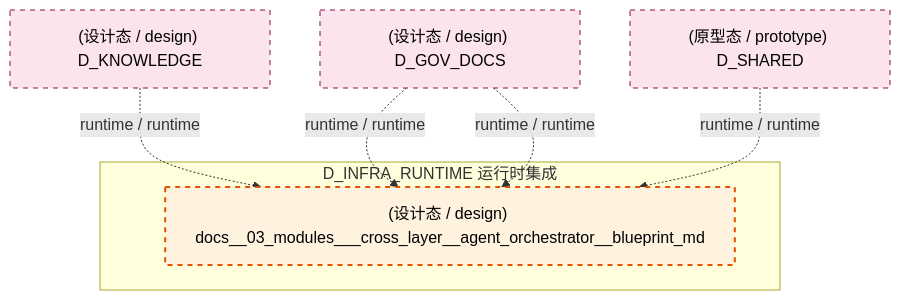
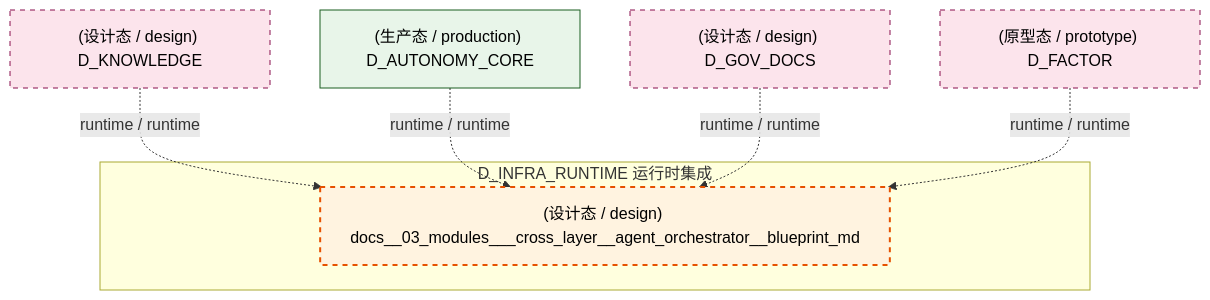
One commit to xuanFelixVan/ZephyrAlpha changed the eighth of 10 diagrams in docs/02_enterprise_architecture/02_domain_architecture_docs/04_d_infra_runtime.md. Above: the diagram before and after it, drawn with Mermaid. The commit also changed other lines of this file and 99 other files, not shown here.

````diff
--- a/docs/02_enterprise_architecture/02_domain_architecture_docs/04_d_infra_runtime.md
+++ b/docs/02_enterprise_architecture/02_domain_architecture_docs/04_d_infra_runtime.md
@@ -1041,19 +1043,21 @@
 ```mermaid
 graph TD
     subgraph D_INFRA_RUNTIME["D_INFRA_RUNTIME 运行时集成"]
         docs_03_modules_cross_layer_agent_orchestrator_blueprint_md["(设计态 / design) docs__03_modules___cross_layer__agent_orchestrator__blueprint_md"]
     end
     D_KNOWLEDGE["(设计态 / design) D_KNOWLEDGE"]
     D_KNOWLEDGE -.->|runtime / runtime| docs_03_modules_cross_layer_agent_orchestrator_blueprint_md
+    D_AUTONOMY_CORE["(生产态 / production) D_AUTONOMY_CORE"]
+    D_AUTONOMY_CORE -.->|runtime / runtime| docs_03_modules_cross_layer_agent_orchestrator_blueprint_md
     D_GOV_DOCS["(设计态 / design) D_GOV_DOCS"]
     D_GOV_DOCS -.->|runtime / runtime| docs_03_modules_cross_layer_agent_orchestrator_blueprint_md
-    D_GOV_DOCS -.->|runtime / runtime| docs_03_modules_cross_layer_agent_orchestrator_blueprint_md
-    D_SHARED["(原型态 / prototype) D_SHARED"]
-    D_SHARED -.->|runtime / runtime| docs_03_modules_cross_layer_agent_orchestrator_blueprint_md
+    D_FACTOR["(原型态 / prototype) D_FACTOR"]
+    D_FACTOR -.->|runtime / runtime| docs_03_modules_cross_layer_agent_orchestrator_blueprint_md
     classDef production fill:#e1f5fe,stroke:#01579b,stroke-width:2px,color:#000
     classDef design fill:#fff3e0,stroke:#e65100,stroke-width:2px,color:#000,stroke-dasharray: 5 5
     classDef external_prod fill:#e8f5e9,stroke:#1b5e20,stroke-width:1px,color:#000
     classDef external_design fill:#fce4ec,stroke:#880e4f,stroke-width:1px,color:#000,stroke-dasharray: 5 5
     class docs_03_modules_cross_layer_agent_orchestrator_blueprint_md design
-    class D_KNOWLEDGE,D_GOV_DOCS,D_SHARED external_design
+    class D_AUTONOMY_CORE external_prod
+    class D_KNOWLEDGE,D_GOV_DOCS,D_FACTOR external_design
 ```
````
